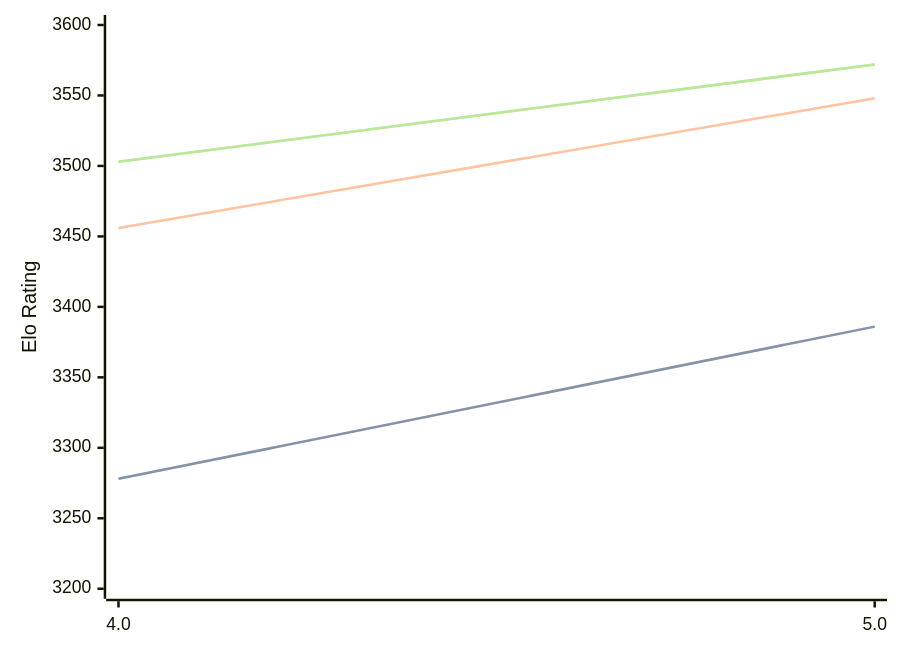
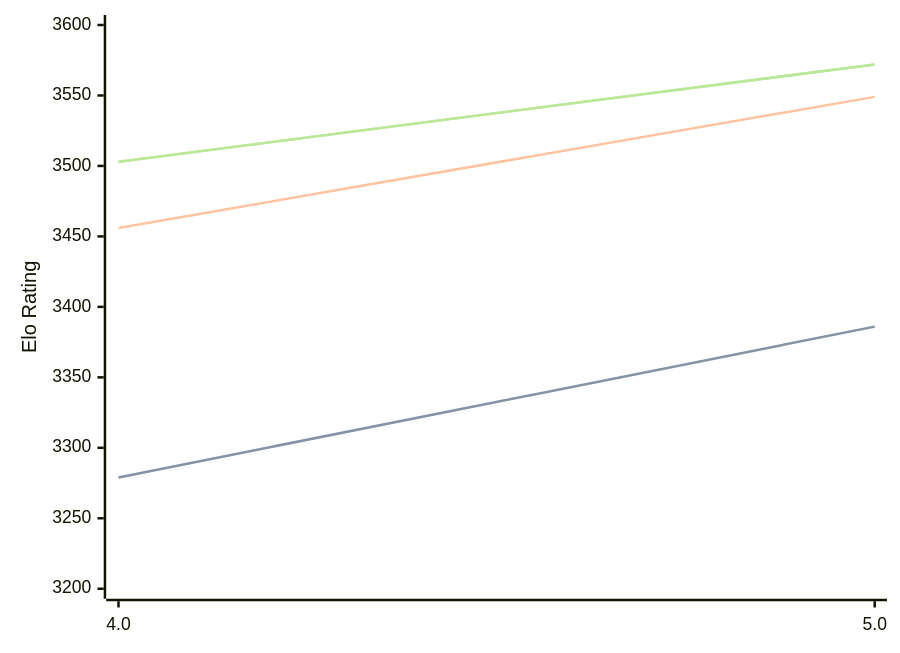
Before and after one commit to computer-chess-index/cci: the diagram in engines/Tarnished.md, drawn with Mermaid. The commit also changed other lines of this file, not shown here.

Commit message:
Update CCI Ratings (ELO VLTC) - 2026-04-02

````diff
--- a/engines/Tarnished.md
+++ b/engines/Tarnished.md
@@ -36,11 +36,11 @@
 ```mermaid
 %%{init: {"theme":"base","themeVariables":{"seriesColors:['#a3a3a3','#222221','#faa371']}}}%%
 xychart-beta
   x-axis ["4.0", "5.0"]
   y-axis "Elo Rating" 3200 --> 3600
-  line "STC (8.0+0.08s)" [3278, 3386]
-  line "STC (8.0+0.08s)" [3278, 3386]
-  line "LTC (60.0+0.60s)" [3456, 3548]
+  line "STC (8.0+0.08s)" [3279, 3386]
+  line "STC (8.0+0.08s)" [3279, 3386]
+  line "LTC (60.0+0.60s)" [3456, 3549]
   line "VLTC (2m24s+1.12s)" [3503, 3572]
   line "VLTC (2m24s+1.12s)" [3503, 3572]
 ```
````
